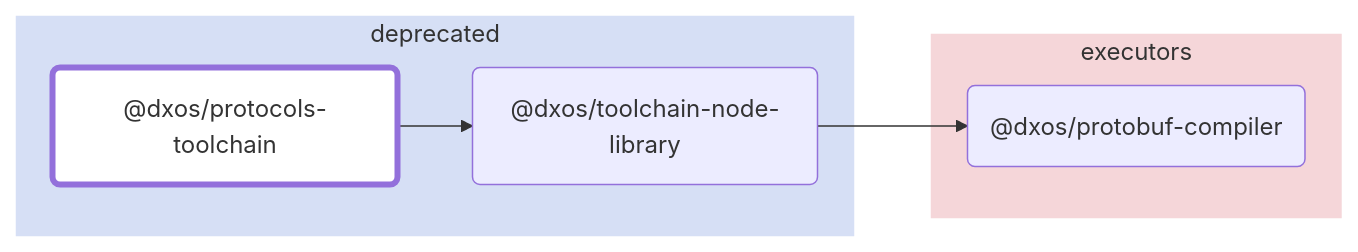
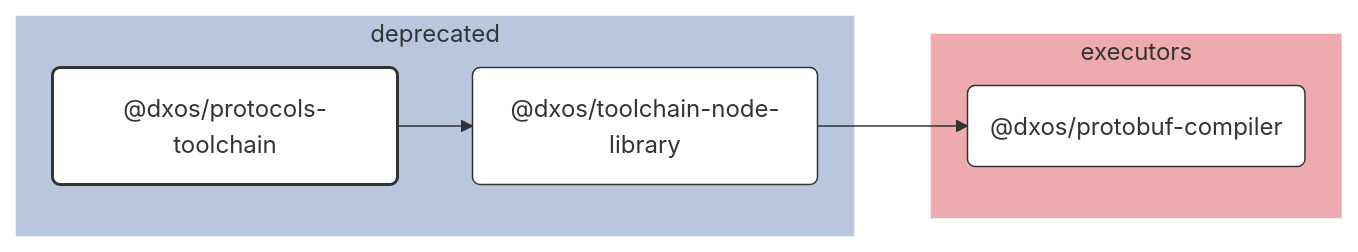
The diagram in tools/deprecated/protocols-toolchain/docs/README.md (dxos/dxos), drawn with Mermaid before and after one commit. The commit also changed 100 other files, not shown here.

````diff
--- a/tools/deprecated/protocols-toolchain/docs/README.md
+++ b/tools/deprecated/protocols-toolchain/docs/README.md
@@ -7,22 +7,38 @@
 ```mermaid
-flowchart LR;
+%%{ init: {'flowchart':{'curve':'basis'}} }%%
 
-style dxos/protocols-toolchain fill:#fff,stroke-width:4px;
+flowchart LR
 
-click dxos/toolchain-node-library "https:/github.com/dxos/dxos/tree/main/tools/deprecated/toolchain-node-library/docs";
-click dxos/protobuf-compiler "https:/github.com/dxos/dxos/tree/main/tools/executors/protobuf-compiler/docs";
+%% Links
+dxos/protocols-toolchain --> dxos/toolchain-node-library;
+dxos/toolchain-node-library --> dxos/protobuf-compiler;
 
+%% Sections
 subgraph deprecated
-  style deprecated fill:#d6dff5,stroke:#fff;
-  dxos/protocols-toolchain("@dxos/protocols-toolchain");
-  dxos/toolchain-node-library("@dxos/toolchain-node-library");
+  style deprecated fill:#bac5de,stroke:#fff;
+
+  dxos/protocols-toolchain("@dxos/protocols-toolchain")
+  dxos/toolchain-node-library("@dxos/toolchain-node-library")
 end
 
 subgraph executors
-  style executors fill:#f5d6d9,stroke:#fff;
-  dxos/protobuf-compiler("@dxos/protobuf-compiler");
+  style executors fill:#edabb0,stroke:#fff;
+
+  dxos/protobuf-compiler("@dxos/protobuf-compiler")
 end
 
-dxos/protocols-toolchain --> dxos/toolchain-node-library;
-dxos/toolchain-node-library --> dxos/protobuf-compiler;
+
+%% Hyperlinks
+click dxos/protobuf-compiler href "https:/github.com/dxos/dxos/tree/main/tools/executors/protobuf-compiler/docs";
+click dxos/toolchain-node-library href "https:/github.com/dxos/dxos/tree/main/tools/deprecated/toolchain-node-library/docs";
+
+%% Styles
+classDef rootNode fill:#fff,stroke:#333,stroke-width:2px
+classDef defaultNode fill:#fff,stroke:#333,stroke-width:1px
+linkStyle default stroke:#333,stroke-width:1px
+
+dxos/protocols-toolchain:::rootNode
+
+dxos/protobuf-compiler:::defaultNode
+dxos/toolchain-node-library:::defaultNode
 ```
````
